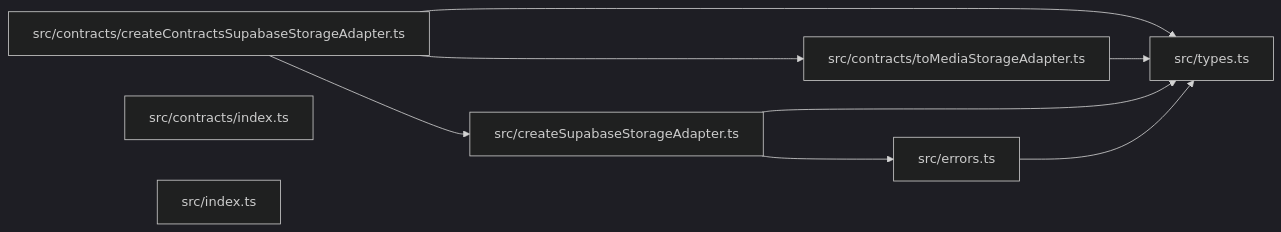
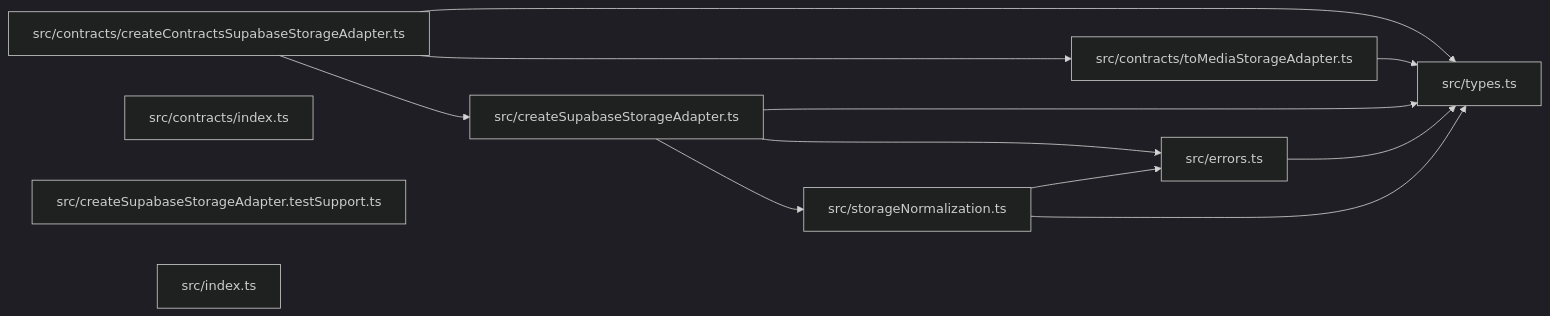
One commit to ankhorage/supabase-storage changed the diagram in paradox/diagrams/module-relationships.mmd. Above: the diagram before and after it, drawn with Mermaid (dark theme). The commit also changed 12 other files, not shown here.

```diff
--- a/paradox/diagrams/module-relationships.mmd
+++ b/paradox/diagrams/module-relationships.mmd
@@ -1,15 +1,20 @@
 graph LR
   module_src_contracts_createContractsSupabaseStorageAdapter_ts["src/contracts/createContractsSupabaseStorageAdapter.ts"]
   module_src_contracts_index_ts["src/contracts/index.ts"]
   module_src_contracts_toMediaStorageAdapter_ts["src/contracts/toMediaStorageAdapter.ts"]
+  module_src_createSupabaseStorageAdapter_testSupport_ts["src/createSupabaseStorageAdapter.testSupport.ts"]
   module_src_createSupabaseStorageAdapter_ts["src/createSupabaseStorageAdapter.ts"]
   module_src_errors_ts["src/errors.ts"]
   module_src_index_ts["src/index.ts"]
+  module_src_storageNormalization_ts["src/storageNormalization.ts"]
   module_src_types_ts["src/types.ts"]
   module_src_contracts_createContractsSupabaseStorageAdapter_ts --> module_src_contracts_toMediaStorageAdapter_ts
   module_src_contracts_createContractsSupabaseStorageAdapter_ts --> module_src_createSupabaseStorageAdapter_ts
   module_src_contracts_createContractsSupabaseStorageAdapter_ts --> module_src_types_ts
   module_src_contracts_toMediaStorageAdapter_ts --> module_src_types_ts
   module_src_createSupabaseStorageAdapter_ts --> module_src_errors_ts
+  module_src_createSupabaseStorageAdapter_ts --> module_src_storageNormalization_ts
   module_src_createSupabaseStorageAdapter_ts --> module_src_types_ts
   module_src_errors_ts --> module_src_types_ts
+  module_src_storageNormalization_ts --> module_src_errors_ts
+  module_src_storageNormalization_ts --> module_src_types_ts
```
